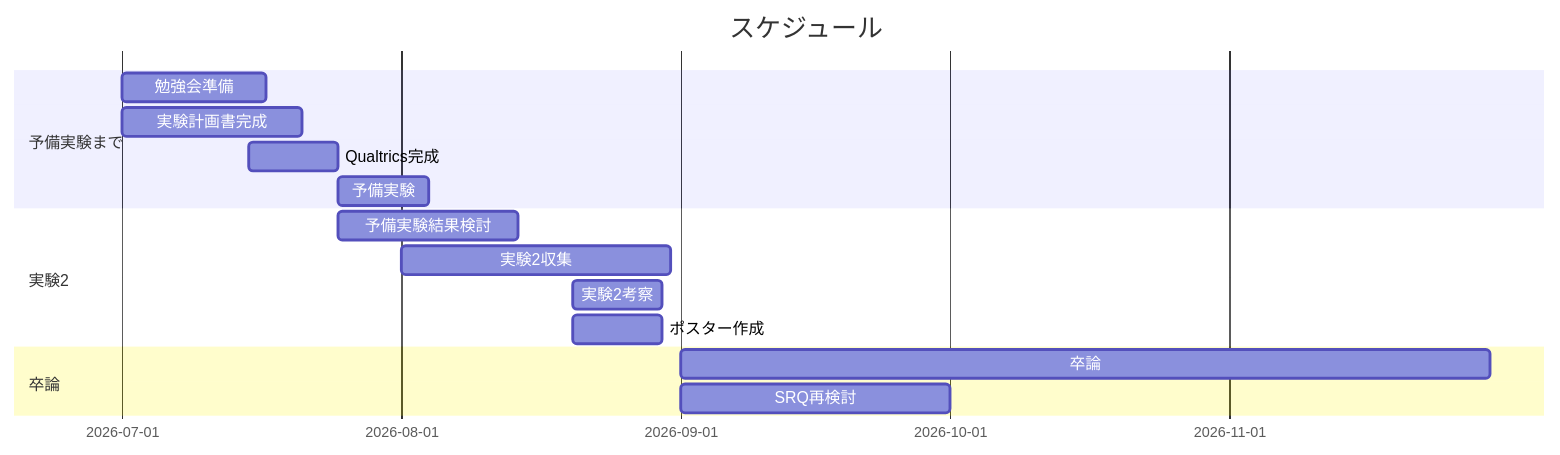
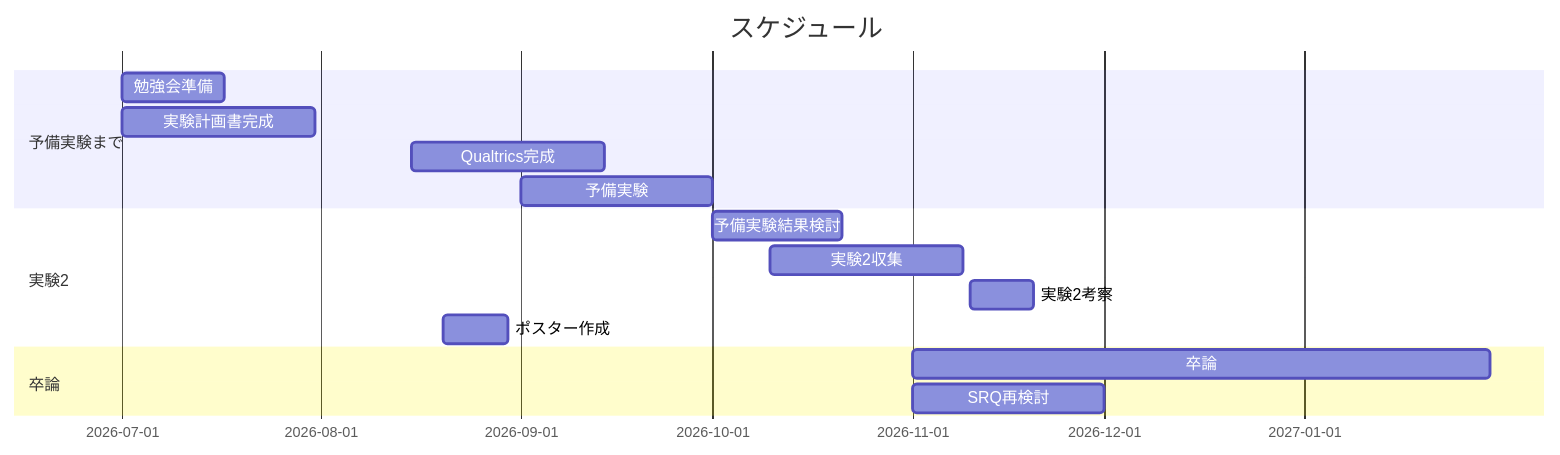
Before and after one commit to kikuchiken-waseda/Yutaro_Shinomiya: the diagram in B4/B4春議事録.md, drawn with Mermaid.

````diff
--- a/B4/B4春議事録.md
+++ b/B4/B4春議事録.md
@@ -3,21 +3,21 @@
 ```mermaid
 gantt
     title スケジュール
     dateFormat  YYYY-MM-DD
 
     section 予備実験まで
     勉強会準備:2026-07-01, 16d
-    実験計画書完成:2026-07-01, 20d
-    Qualtrics完成:2026-07-15, 10d
-    予備実験:2026-07-25,10d
+    実験計画書完成:2026-07-01, 30d
+    Qualtrics完成:2026-08-15, 30d
+    予備実験:2026-09-01,30d
 
     section 実験2
-    予備実験結果検討:2026-07-25,20d
-    実験2収集:2026-08-01,30d
-    実験2考察:2026-08-20,10d
+    予備実験結果検討:2026-10-01,20d
+    実験2収集:2026-10-10,30d
+    実験2考察:2026-11-10,10d
     ポスター作成:2026-08-20,10d
 
     section 卒論
-    卒論:2026-09-01, 90d
-    SRQ再検討:2026-09-01,30d
+    卒論:2026-11-01, 90d
+    SRQ再検討:2026-11-01,30d
 ```
````
